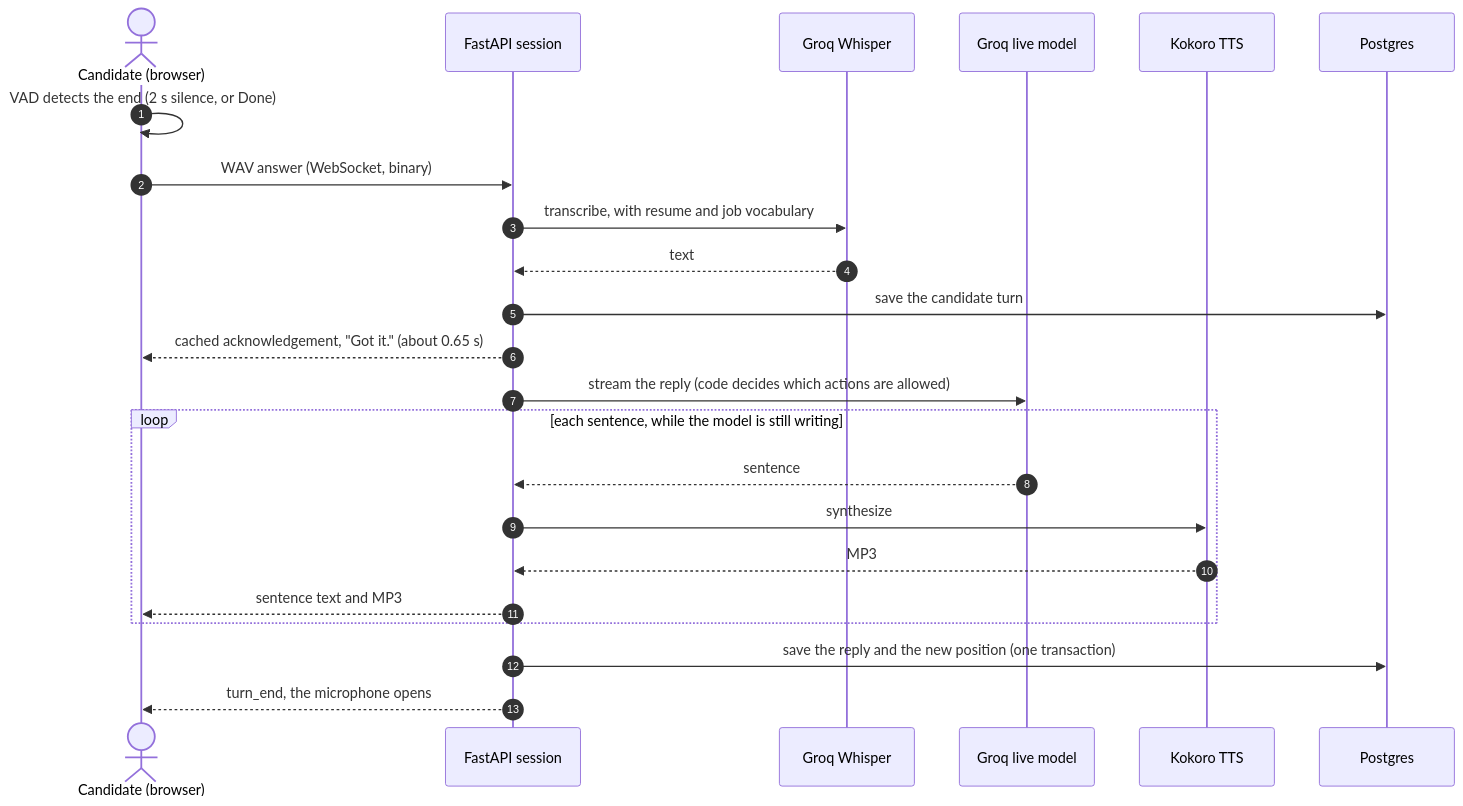
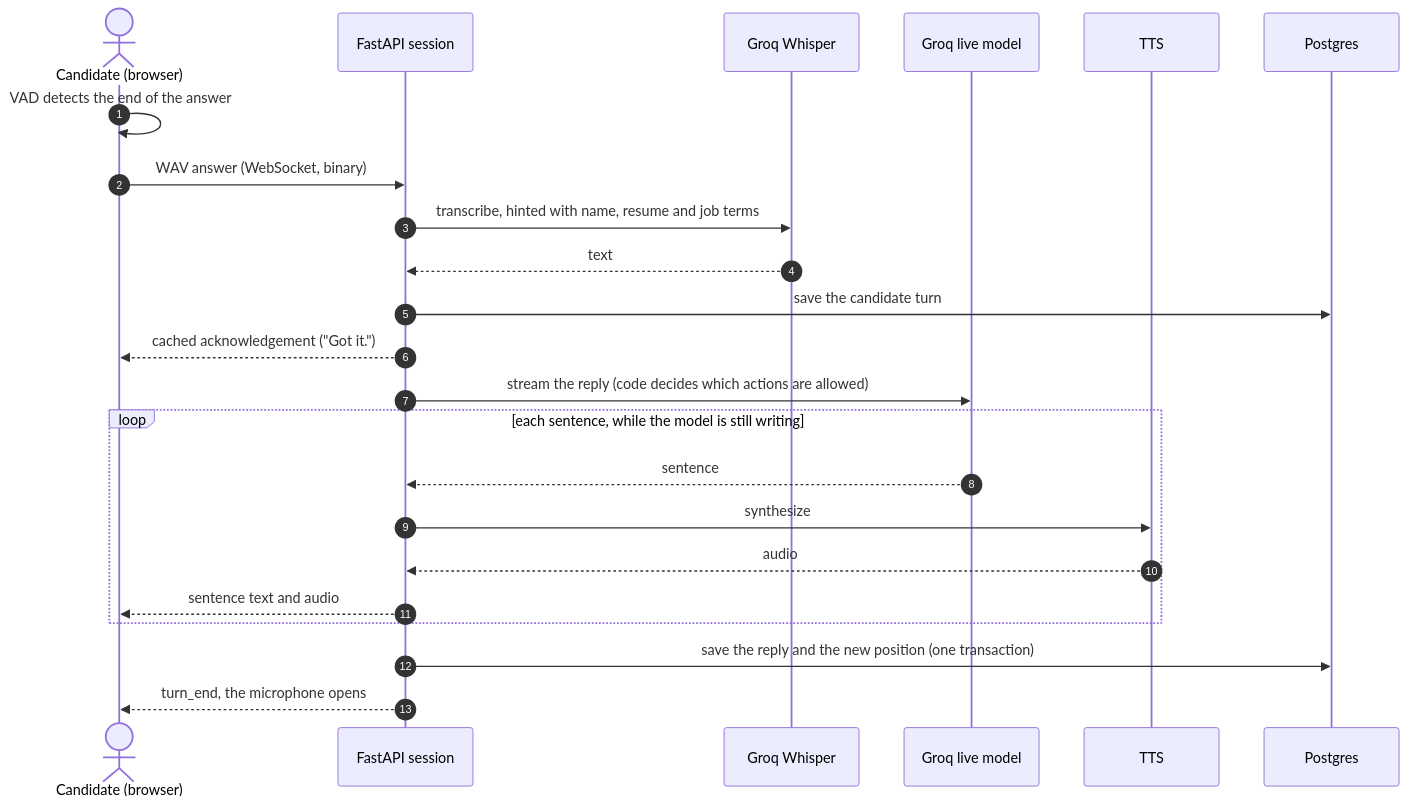
Before and after one commit to mukulkatewa/ai-interviewer: the first of 3 diagrams in README.md, drawn with Mermaid. The commit also changed other lines of this file, not shown here.

````diff
--- a/README.md
+++ b/README.md
@@ -35,25 +46,25 @@
 ```mermaid
 sequenceDiagram
     autonumber
     actor U as Candidate (browser)
     participant A as FastAPI session
     participant W as Groq Whisper
     participant L as Groq live model
-    participant T as Kokoro TTS
+    participant T as TTS
     participant D as Postgres
-    U->>U: VAD detects the end (2 s silence, or Done)
+    U->>U: VAD detects the end of the answer
     U->>A: WAV answer (WebSocket, binary)
-    A->>W: transcribe, with resume and job vocabulary
+    A->>W: transcribe, hinted with name, resume and job terms
     W-->>A: text
     A->>D: save the candidate turn
-    A-->>U: cached acknowledgement, "Got it." (about 0.65 s)
+    A-->>U: cached acknowledgement ("Got it.")
     A->>L: stream the reply (code decides which actions are allowed)
     loop each sentence, while the model is still writing
         L-->>A: sentence
         A->>T: synthesize
-        T-->>A: MP3
-        A-->>U: sentence text and MP3
+        T-->>A: audio
+        A-->>U: sentence text and audio
     end
     A->>D: save the reply and the new position (one transaction)
     A-->>U: turn_end, the microphone opens
 ```
````
